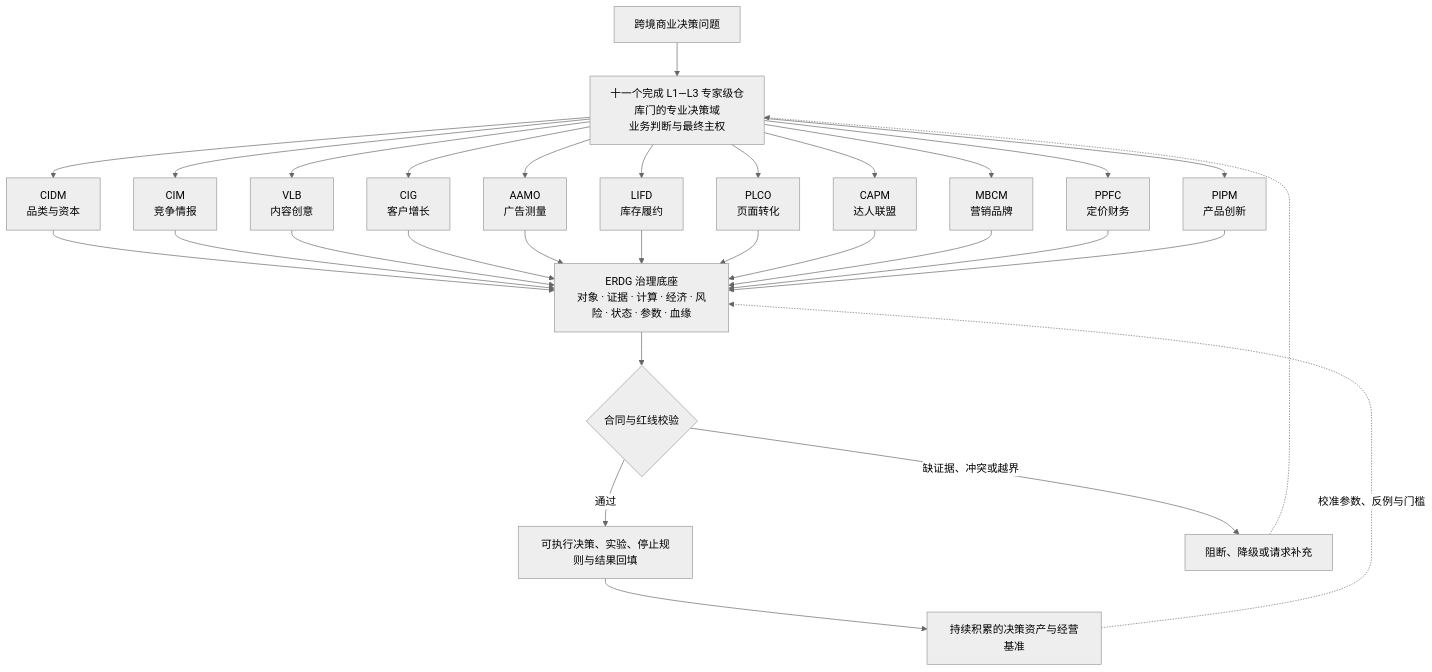
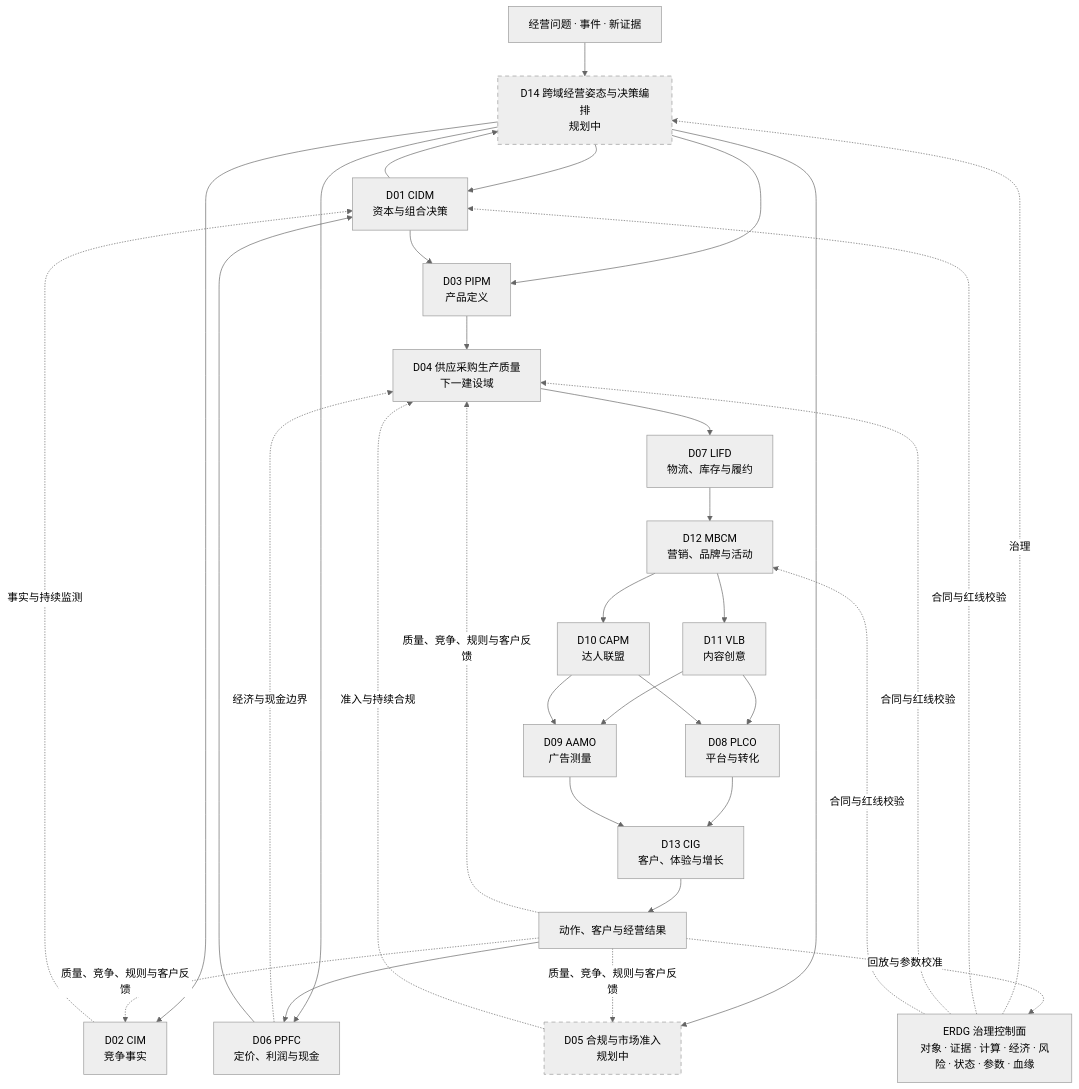
The first of 2 diagrams in README.md (saye-chen/CrossBorder-Decision-Lab), drawn with Mermaid (neutral theme) before and after one commit. The commit also changed other lines of this file and 237 other files, not shown here.

````diff
--- a/README.md
+++ b/README.md
@@ -71,24 +73,34 @@
 ```mermaid
 flowchart TB
-    U["跨境商业决策问题"] --> D["十一个完成 L1—L3 专家级仓库门的专业决策域<br/>业务判断与最终主权"]
-
-    D --> CIDM["CIDM<br/>品类与资本"]
-    D --> CIM["CIM<br/>竞争情报"]
-    D --> VLB["VLB<br/>内容创意"]
-    D --> CIG["CIG<br/>客户增长"]
-    D --> AAMO["AAMO<br/>广告测量"]
-    D --> LIFD["LIFD<br/>库存履约"]
-    D --> PLCO["PLCO<br/>页面转化"]
-    D --> CAPM["CAPM<br/>达人联盟"]
-    D --> MBCM["MBCM<br/>营销品牌"]
-    D --> PPFC["PPFC<br/>定价财务"]
-    D --> PIPM["PIPM<br/>产品创新"]
-
-    CIDM & CIM & VLB & CIG & AAMO & LIFD & PLCO & CAPM & MBCM & PPFC & PIPM --> E["ERDG 治理底座<br/>对象 · 证据 · 计算 · 经济 · 风险 · 状态 · 参数 · 血缘"]
-    E --> G{"合同与红线校验"}
-    G -->|"通过"| O["可执行决策、实验、停止规则与结果回填"]
-    G -->|"缺证据、冲突或越界"| B["阻断、降级或请求补充"]
-    B -.-> D
-    O --> A["持续积累的决策资产与经营基准"]
-    A -.->|"校准参数、反例与门槛"| E
+    U["经营问题 · 事件 · 新证据"] --> D14["D14 跨域经营姿态与决策编排<br/>规划中"]
+    D14 --> D01["D01 CIDM<br/>资本与组合决策"]
+    D14 --> D02["D02 CIM<br/>竞争事实"]
+    D14 --> D03["D03 PIPM<br/>产品定义"]
+    D14 --> D05["D05 合规与市场准入<br/>规划中"]
+    D14 --> D06["D06 PPFC<br/>定价、利润与现金"]
+    D01 --> D03 --> D04["D04 供应采购生产质量<br/>下一建设域"] --> D07["D07 LIFD<br/>物流、库存与履约"]
+    D07 --> D12["D12 MBCM<br/>营销、品牌与活动"]
+    D12 --> D11["D11 VLB<br/>内容创意"]
+    D12 --> D10["D10 CAPM<br/>达人联盟"]
+    D11 --> D08["D08 PLCO<br/>平台与转化"]
+    D11 --> D09["D09 AAMO<br/>广告测量"]
+    D10 --> D08
+    D10 --> D09
+    D08 --> D13["D13 CIG<br/>客户、体验与增长"]
+    D09 --> D13
+    D02 -.事实与持续监测.-> D01
+    D05 -.准入与持续合规.-> D04
+    D06 -.经济与现金边界.-> D04
+    D13 --> O["动作、客户与经营结果"]
+    O --> D06 --> D01 --> D14
+    O -.质量、竞争、规则与客户反馈.-> D02
+    O -.质量、竞争、规则与客户反馈.-> D04
+    O -.质量、竞争、规则与客户反馈.-> D05
+    E["ERDG 治理控制面<br/>对象 · 证据 · 计算 · 经济 · 风险 · 状态 · 参数 · 血缘"] -.治理.-> D14
+    E -.合同与红线校验.-> D01
+    E -.合同与红线校验.-> D04
+    E -.合同与红线校验.-> D12
+    O -.回放与参数校准.-> E
+    classDef planned stroke-dasharray:6 5
+    class D05,D14 planned
 ```
````
